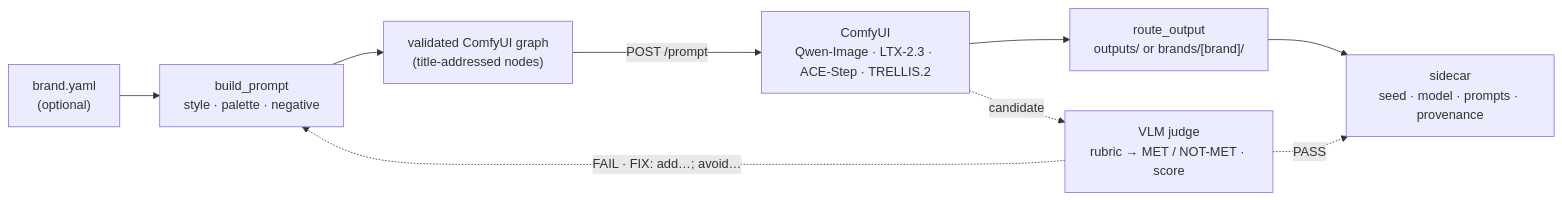
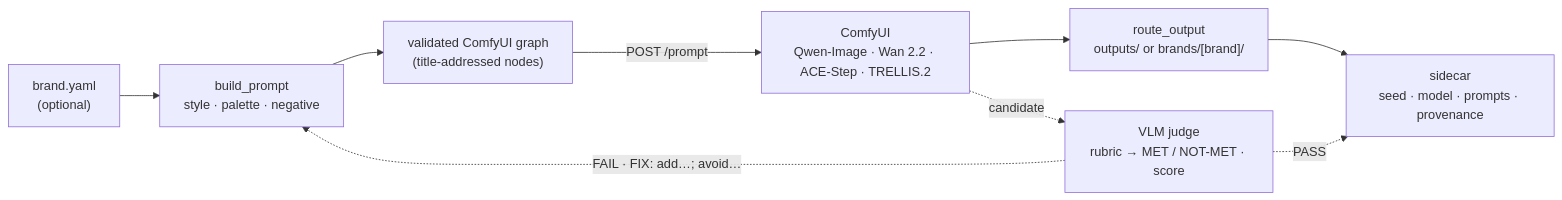
One commit to whartons/Chimera changed the diagram in README.md. Above: the diagram before and after it, drawn with Mermaid. The commit also changed other lines of this file and 22 other files, not shown here.

First line of the commit message:
feat(video): Wan 2.2 default, --camera moves, LTX-2.3 kept for synced audio (#64)

````diff
--- a/README.md
+++ b/README.md
@@ -129,11 +129,11 @@
 ```mermaid
 flowchart LR
     M["brand.yaml<br/>(optional)"] --> P["build_prompt<br/>style · palette · negative"]
     P --> G["validated ComfyUI graph<br/>(title-addressed nodes)"]
-    G -->|"POST /prompt"| C["ComfyUI<br/>Qwen-Image · LTX-2.3 · ACE-Step · TRELLIS.2"]
+    G -->|"POST /prompt"| C["ComfyUI<br/>Qwen-Image · Wan 2.2 · ACE-Step · TRELLIS.2"]
     C --> R["route_output<br/>outputs/ or brands/[brand]/"]
     R --> S["sidecar<br/>seed · model · prompts · provenance"]
     C -. "candidate" .-> J["VLM judge<br/>rubric → MET / NOT-MET · score"]
     J -. "PASS" .-> S
     J -. "FAIL · FIX: add…; avoid…" .-> P
 ```
````
